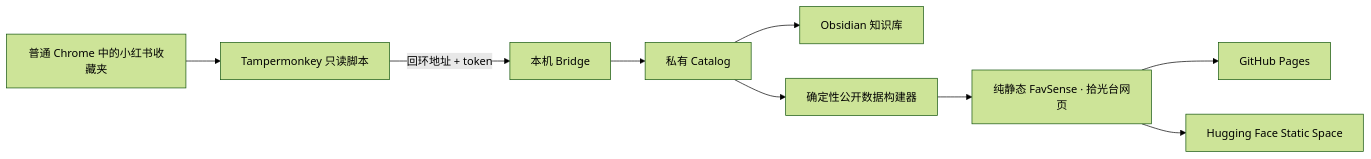
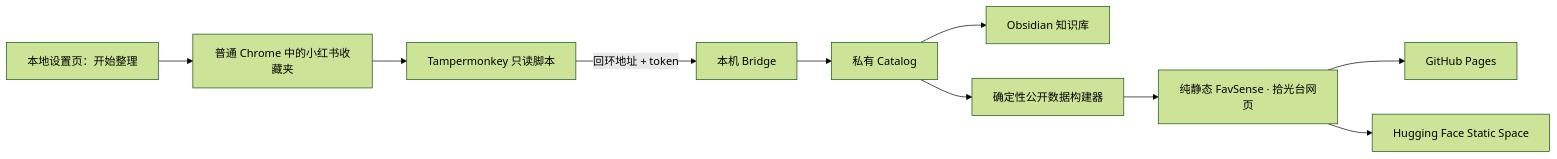
The diagram in docs/ARCHITECTURE.md (rowland-dot/favsense), drawn with Mermaid (forest theme) before and after one commit. The commit also changed other lines of this file and 25 other files, not shown here.

````diff
--- a/docs/ARCHITECTURE.md
+++ b/docs/ARCHITECTURE.md
@@ -5,11 +5,12 @@
 ```mermaid
 flowchart LR
-  XHS["普通 Chrome 中的小红书收藏夹"] --> TM["Tampermonkey 只读脚本"]
+  CLICK["本地设置页：开始整理"] --> XHS["普通 Chrome 中的小红书收藏夹"]
+  XHS --> TM["Tampermonkey 只读脚本"]
   TM -->|"回环地址 + token"| BRIDGE["本机 Bridge"]
   BRIDGE --> CATALOG["私有 Catalog"]
   CATALOG --> KB["Obsidian 知识库"]
   CATALOG --> BUILD["确定性公开数据构建器"]
   BUILD --> SITE["纯静态 FavSense · 拾光台网页"]
   SITE --> GH["GitHub Pages"]
   SITE --> HF["Hugging Face Static Space"]
 ```
````
